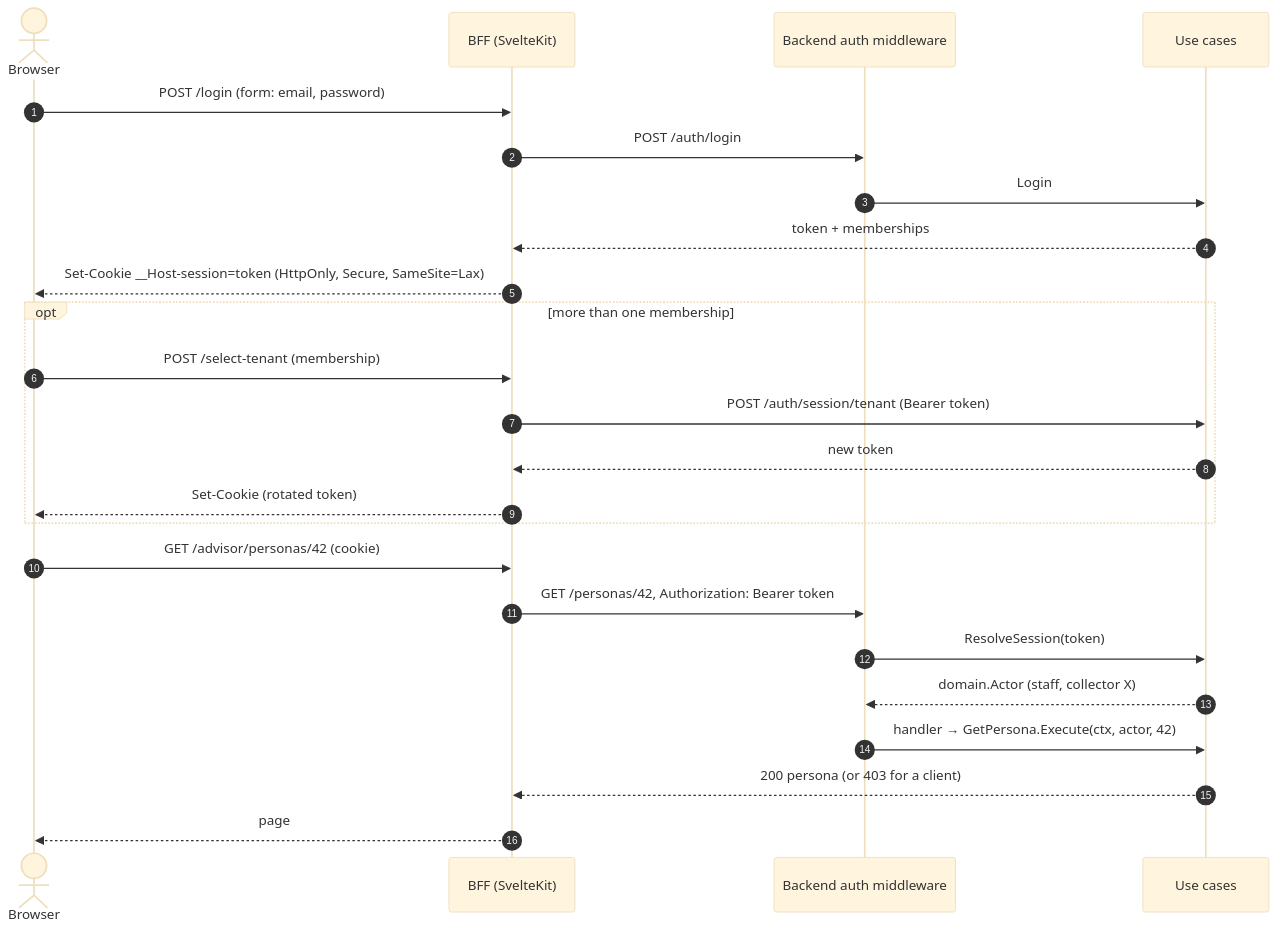
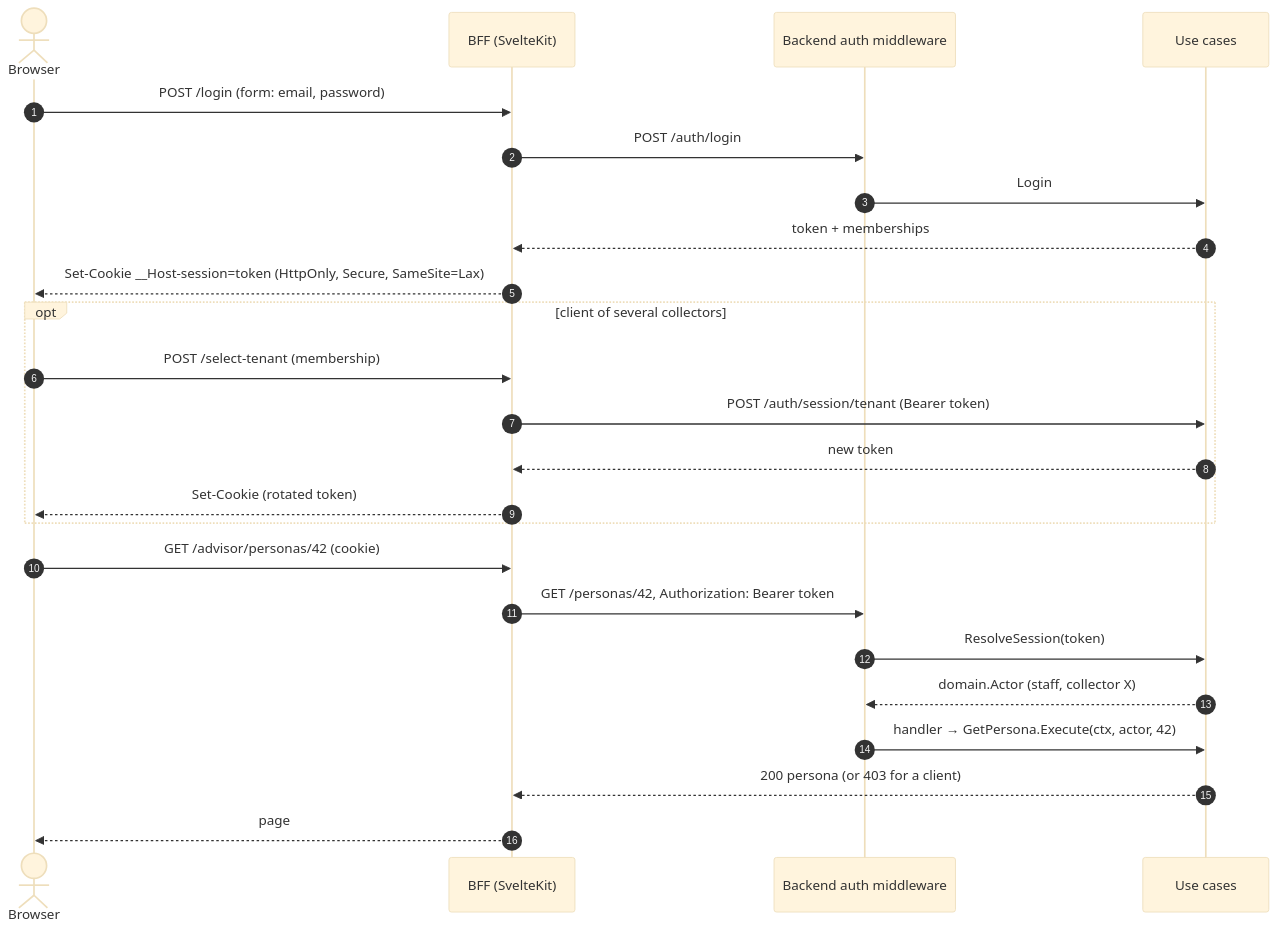
One commit to TimoSto/tax-return-organizer changed the second of 2 diagrams in backend/docs/AUTHENTICATION.md. Above: the diagram before and after it, drawn with Mermaid (base theme). The commit also changed other lines of this file and 1 other file, not shown here.

````diff
--- a/backend/docs/AUTHENTICATION.md
+++ b/backend/docs/AUTHENTICATION.md
@@ -143,28 +145,28 @@
 ```mermaid
 sequenceDiagram
     autonumber
     actor B as Browser
     participant F as BFF (SvelteKit)
     participant M as Backend auth middleware
     participant UC as Use cases
 
     B->>F: POST /login (form: email, password)
     F->>M: POST /auth/login
     M->>UC: Login
     UC-->>F: token + memberships
     F-->>B: Set-Cookie __Host-session=token (HttpOnly, Secure, SameSite=Lax)
-    opt more than one membership
+    opt client of several collectors
         B->>F: POST /select-tenant (membership)
         F->>UC: POST /auth/session/tenant (Bearer token)
         UC-->>F: new token
         F-->>B: Set-Cookie (rotated token)
     end
 
     B->>F: GET /advisor/personas/42 (cookie)
     F->>M: GET /personas/42, Authorization: Bearer token
     M->>UC: ResolveSession(token)
     UC-->>M: domain.Actor (staff, collector X)
     M->>UC: handler → GetPersona.Execute(ctx, actor, 42)
     UC-->>F: 200 persona (or 403 for a client)
     F-->>B: page
 ```
````
